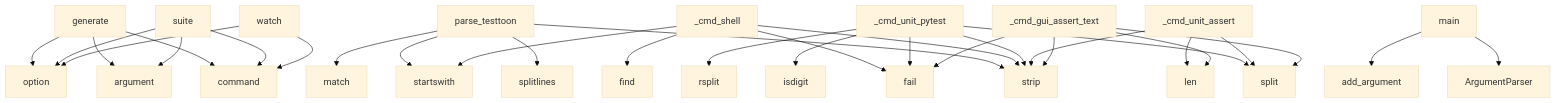
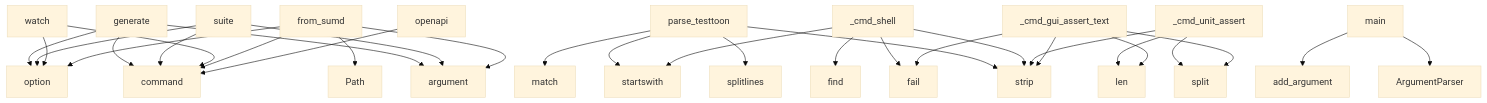
The diagram in project/context.md (oqlos/testql), drawn with Mermaid (base theme) before and after one commit. The commit also changed other lines of this file and 27 other files, not shown here.

````diff
--- a/project/context.md
+++ b/project/context.md
@@ -546,33 +542,33 @@
 ```mermaid
 graph TD
     generate --> command
     generate --> argument
     generate --> option
     suite --> command
     suite --> argument
     suite --> option
     watch --> command
     watch --> option
     parse_testtoon --> splitlines
     parse_testtoon --> match
     parse_testtoon --> startswith
     parse_testtoon --> strip
     _cmd_shell --> strip
     _cmd_shell --> fail
     _cmd_shell --> startswith
     _cmd_shell --> find
-    _cmd_unit_pytest --> split
-    _cmd_unit_pytest --> strip
-    _cmd_unit_pytest --> fail
-    _cmd_unit_pytest --> isdigit
-    _cmd_unit_pytest --> rsplit
     main --> ArgumentParser
     main --> add_argument
     _cmd_unit_assert --> split
     _cmd_unit_assert --> strip
     _cmd_unit_assert --> len
     _cmd_gui_assert_text --> split
     _cmd_gui_assert_text --> strip
     _cmd_gui_assert_text --> len
     _cmd_gui_assert_text --> fail
+    from_sumd --> command
+    from_sumd --> argument
+    from_sumd --> option
+    from_sumd --> Path
+    openapi --> command
 ```
````
